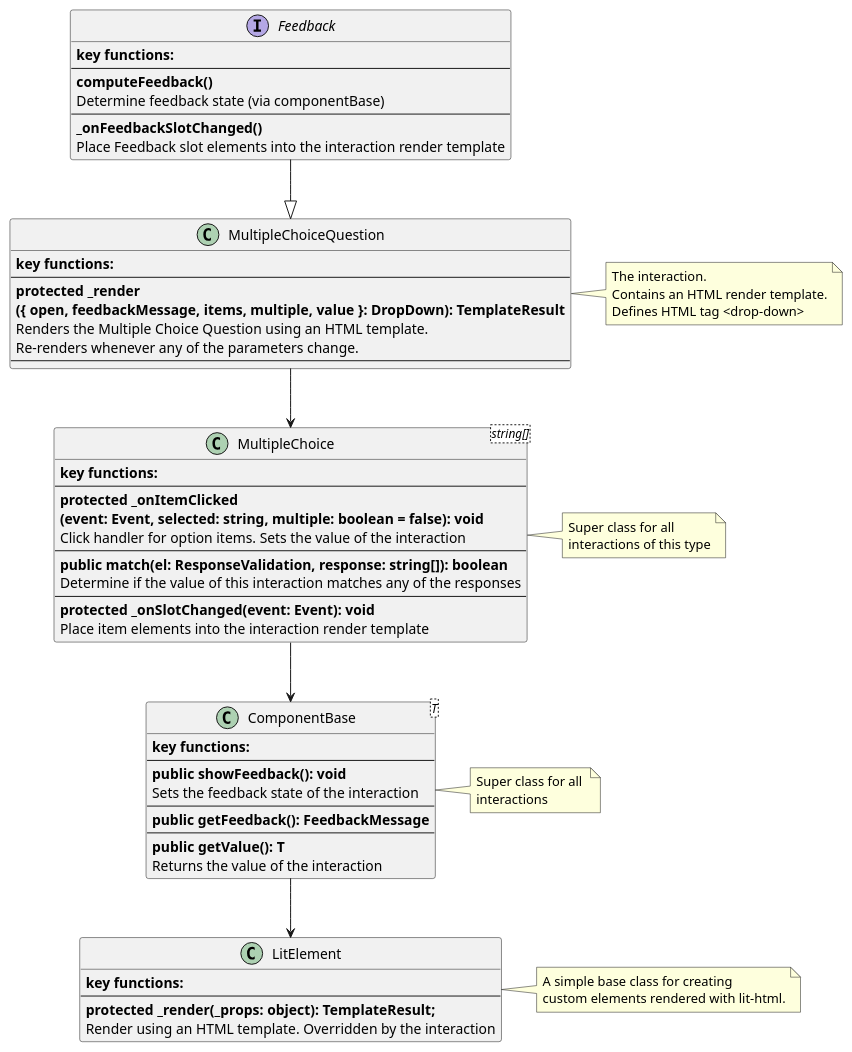
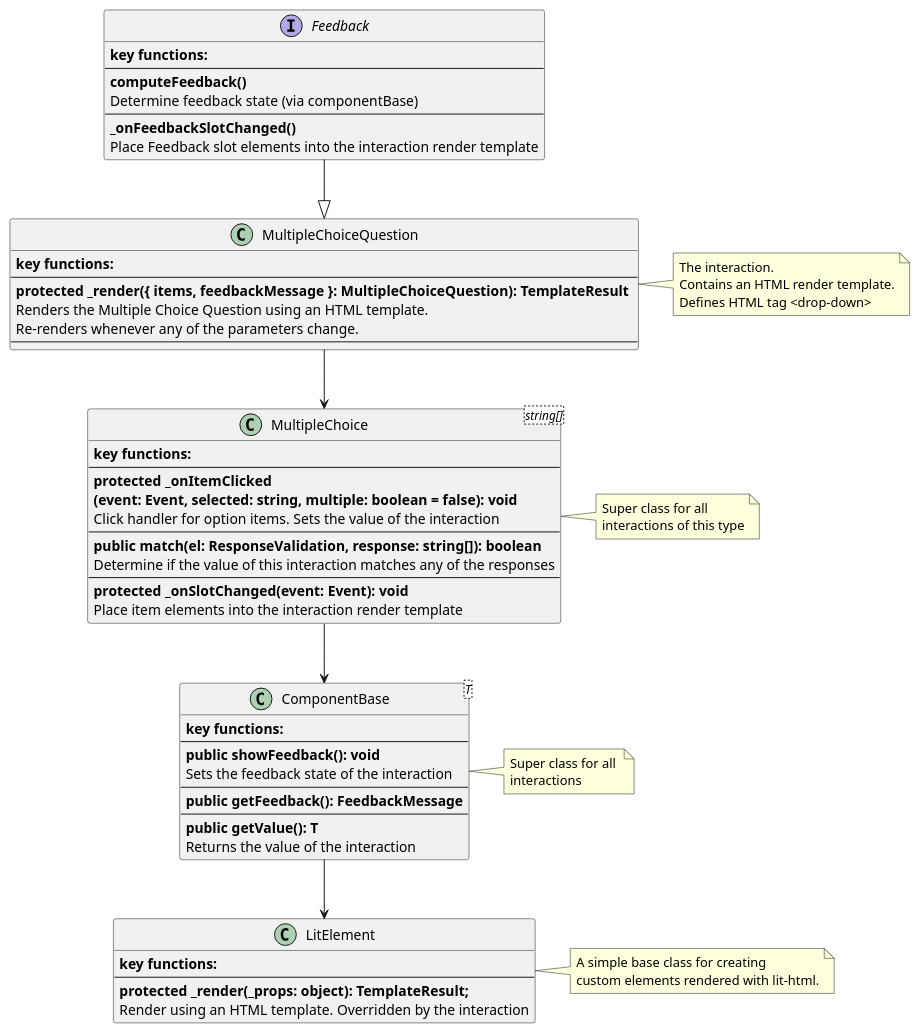
The diagram in packages/multiple-choice/UML/class-diagram-uml.wsd (lulzzz/mtl-assessment-components), drawn with PlantUML before and after one commit. The commit also changed 3 other files, not shown here.

Commit message:
updated multiple choice question uml

```diff
--- a/packages/multiple-choice/UML/class-diagram-uml.wsd
+++ b/packages/multiple-choice/UML/class-diagram-uml.wsd
@@ -3,62 +3,62 @@
 @startuml multiple-choice-question-class-diagram
 
 interface Feedback {
     <b>key functions:</b>
     --
     <b>computeFeedback()</b>
     Determine feedback state (via componentBase)
     --
     <b>_onFeedbackSlotChanged()</b>
     Place Feedback slot elements into the interaction render template
 }
 
 Feedback --|> MultipleChoiceQuestion
 
 note right of MultipleChoiceQuestion: The interaction.\nContains an HTML render template.\nDefines HTML tag <drop-down>  
 class MultipleChoiceQuestion {
     <b>key functions:</b>
     --
-    <b>protected _render\n<b>({ open, feedbackMessage, items, multiple, value }: DropDown): TemplateResult</b>
+    <b>protected _render({ items, feedbackMessage }: MultipleChoiceQuestion): TemplateResult </b>
     Renders the Multiple Choice Question using an HTML template.
     Re-renders whenever any of the parameters change.
     --
 }
 
 MultipleChoiceQuestion --> MultipleChoice
 note right of MultipleChoice: Super class for all \ninteractions of this type 
 class MultipleChoice<string[]>  {
     <b>key functions:</b>
     --
     <b>protected _onItemClicked\n<b>(event: Event, selected: string, multiple: boolean = false): void</b>\nClick handler for option items. Sets the value of the interaction
     --
     <b>public match(el: ResponseValidation, response: string[]): boolean</b>
     Determine if the value of this interaction matches any of the responses
     --
     <b>protected _onSlotChanged(event: Event): void</b>
     Place item elements into the interaction render template
 }
 
 MultipleChoice --> ComponentBase
 note right of ComponentBase: Super class for all \ninteractions
 class ComponentBase<T> {
     <b>key functions:</b>
     --
     <b>public showFeedback(): void</b>
     Sets the feedback state of the interaction
     --
     <b>public getFeedback(): FeedbackMessage</b>
     --
     <b>public getValue(): T</b>
     Returns the value of the interaction
 }
 
 ComponentBase --> LitElement
 note right of LitElement: A simple base class for creating\ncustom elements rendered with lit-html.
 class LitElement {
     <b>key functions:</b>
     --
     <b>protected _render(_props: object): TemplateResult;</b>
     Render using an HTML template. Overridden by the interaction
 }
 
 @enduml
```
